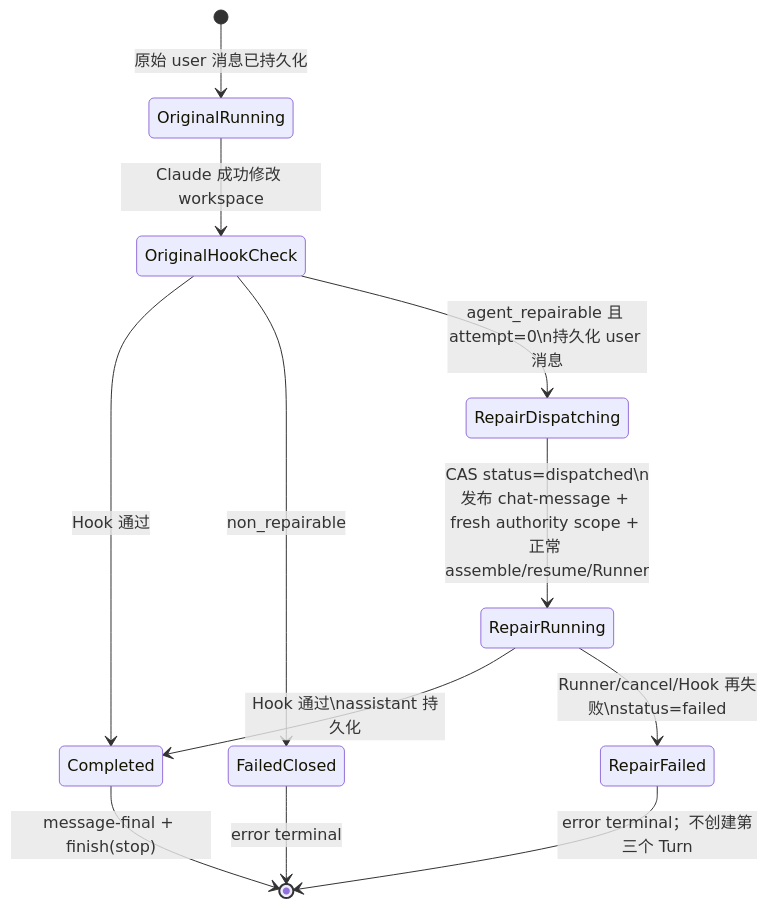
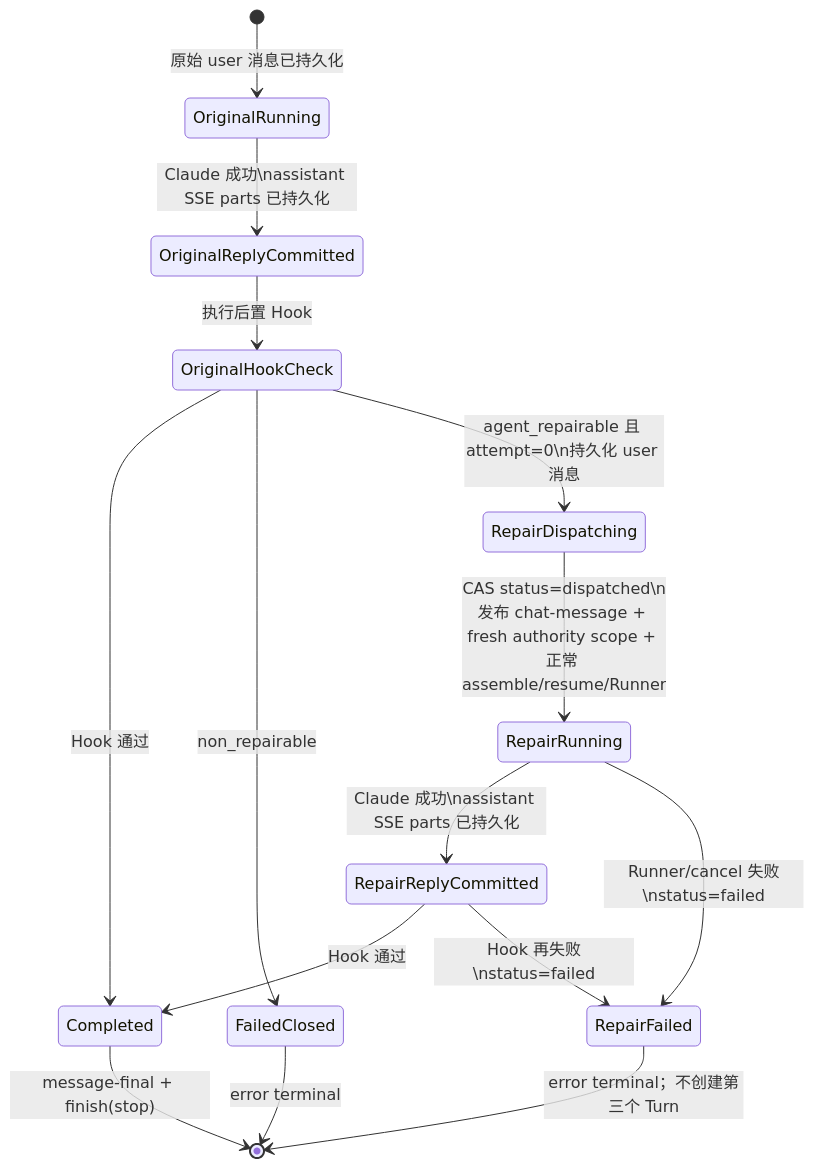
Before and after one commit to glide-the/im-dream: the diagram in docs/design/claude-agent/dream-workbench-auto-repair.md, drawn with Mermaid. The commit also changed other lines of this file and 17 other files, not shown here.

````diff
--- a/docs/design/claude-agent/dream-workbench-auto-repair.md
+++ b/docs/design/claude-agent/dream-workbench-auto-repair.md
@@ -265,14 +271,17 @@
 ```mermaid
 stateDiagram-v2
     [*] --> OriginalRunning: 原始 user 消息已持久化
-    OriginalRunning --> OriginalHookCheck: Claude 成功修改 workspace
+    OriginalRunning --> OriginalReplyCommitted: Claude 成功\nassistant SSE parts 已持久化
+    OriginalReplyCommitted --> OriginalHookCheck: 执行后置 Hook
     OriginalHookCheck --> Completed: Hook 通过
     OriginalHookCheck --> FailedClosed: non_repairable
     OriginalHookCheck --> RepairDispatching: agent_repairable 且 attempt=0\n持久化 user 消息
     RepairDispatching --> RepairRunning: CAS status=dispatched\n发布 chat-message + fresh authority scope + 正常 assemble/resume/Runner
-    RepairRunning --> Completed: Hook 通过\nassistant 持久化
-    RepairRunning --> RepairFailed: Runner/cancel/Hook 再失败\nstatus=failed
+    RepairRunning --> RepairReplyCommitted: Claude 成功\nassistant SSE parts 已持久化
+    RepairReplyCommitted --> Completed: Hook 通过
+    RepairReplyCommitted --> RepairFailed: Hook 再失败\nstatus=failed
+    RepairRunning --> RepairFailed: Runner/cancel 失败\nstatus=failed
     RepairFailed --> [*]: error terminal；不创建第三个 Turn
     FailedClosed --> [*]: error terminal
     Completed --> [*]: message-final + finish(stop)
 ```
````
